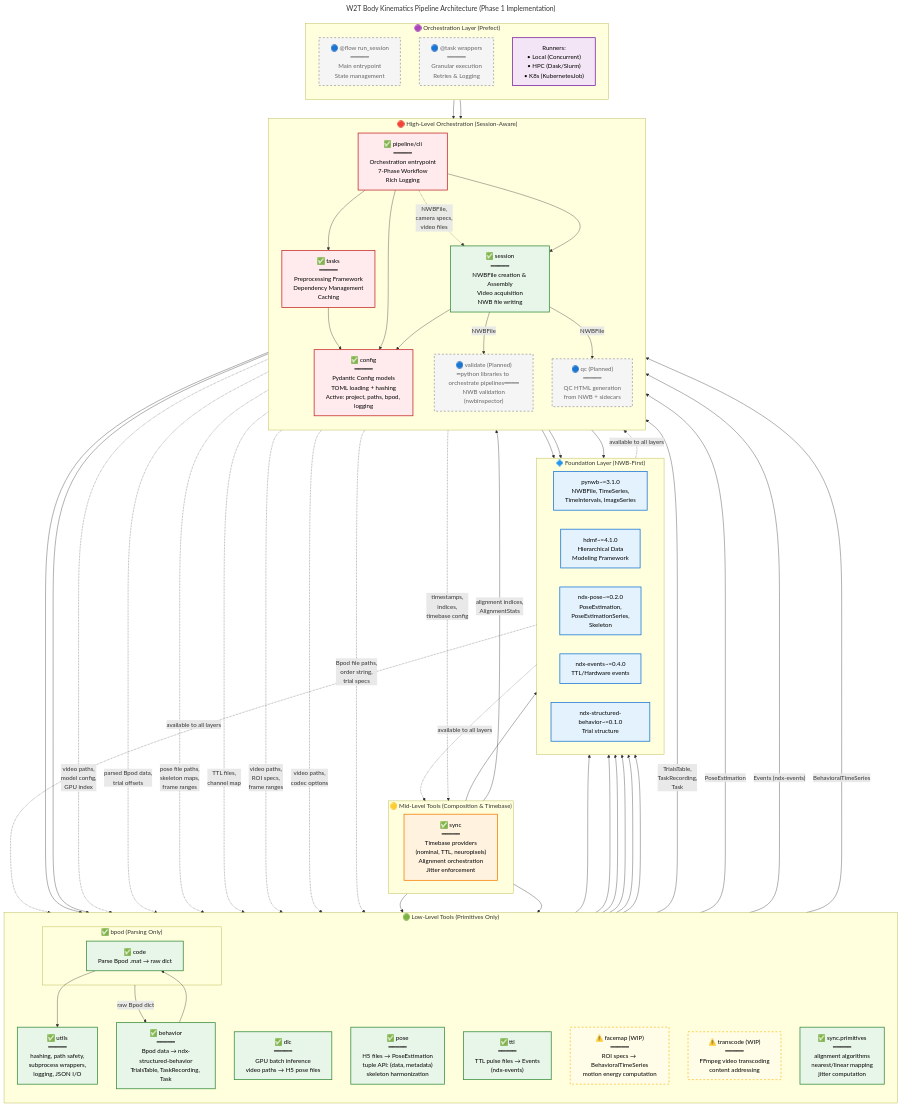
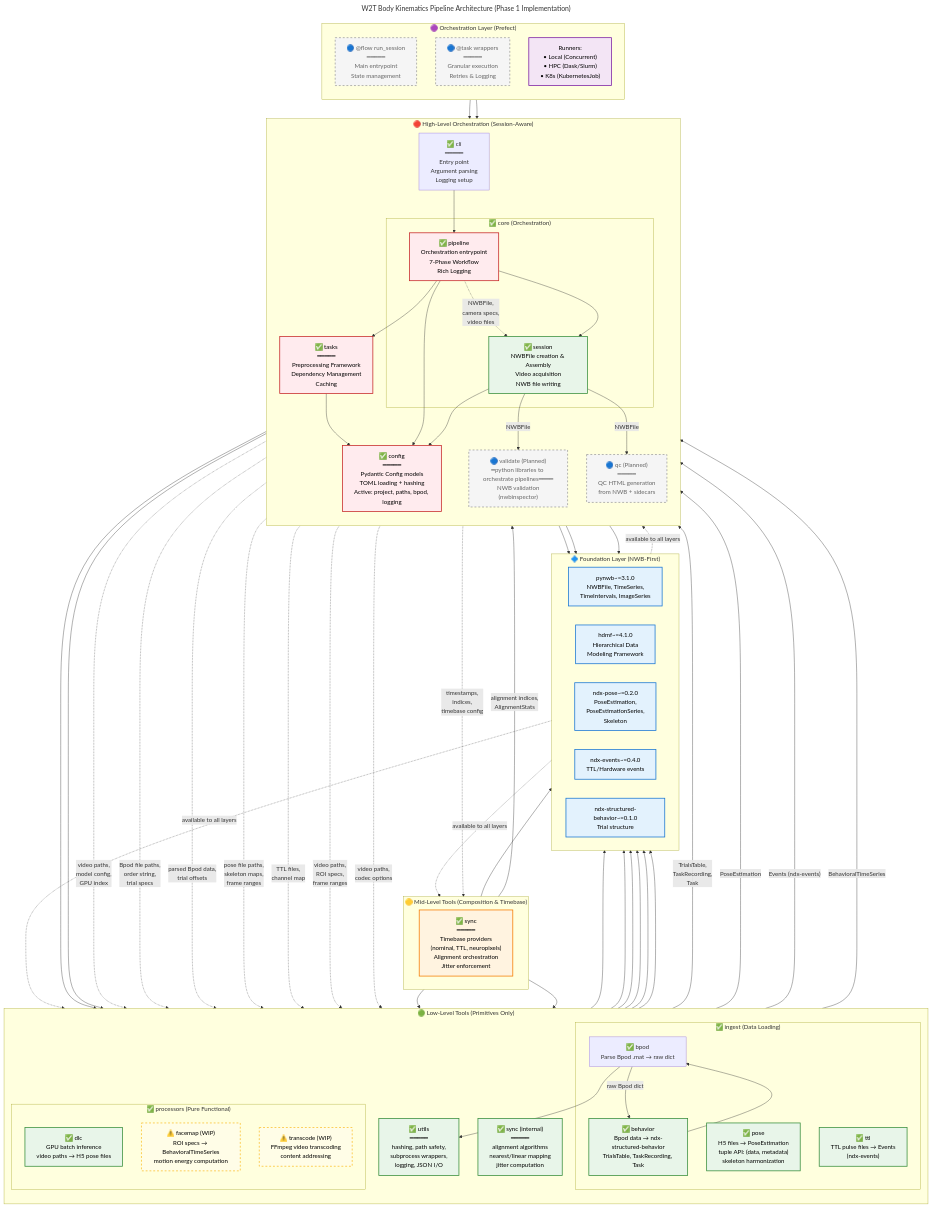
The diagram in docs/architecture_diagram.mmd (BorjaEst/w2t-bkin), drawn with Mermaid before and after one commit. The commit also changed 2 other files, not shown here.

Commit message:
Refactor: Update module imports and restructure documentation for clarity

```diff
--- a/docs/architecture_diagram.mmd
+++ b/docs/architecture_diagram.mmd
@@ -1,182 +1,183 @@
 ---
 title: W2T Body Kinematics Pipeline Architecture (Phase 1 Implementation)
 ---
 graph TD
     %% ============================================================================
     %% LEGEND: Implementation Status
     %% ✅ Implemented | ⚠️ Partial/WIP | 🔵 Planned
     %% ============================================================================
     
     %% ============================================================================
     %% FOUNDATION LAYER (NWB-First)
     %% External dependencies available to all layers
     %% ============================================================================
     subgraph Foundation["🔷 Foundation Layer (NWB-First)"]
         direction LR
         pynwb["pynwb~=3.1.0<br/>NWBFile, TimeSeries,<br/>TimeIntervals, ImageSeries"]
         hdmf["hdmf~=4.1.0<br/>Hierarchical Data<br/>Modeling Framework"]
         ndx_pose["ndx-pose~=0.2.0<br/>PoseEstimation,<br/>PoseEstimationSeries,<br/>Skeleton"]
         ndx_events["ndx-events~=0.4.0<br/>TTL/Hardware events"]
         ndx_behavior["ndx-structured-behavior~=0.1.0<br/>Trial structure"]
     end
 
     %% ============================================================================
     %% LOW-LEVEL LAYER
     %% Raw files + primitives → NWB-native structures
     %% NEVER imports config, Session, or Manifest
     %% ============================================================================
     subgraph LowLevel["🟢 Low-Level Tools (Primitives Only)"]
         direction TB
         
         utils["✅ utils<br/>━━━━━<br/>hashing, path safety,<br/>subprocess wrappers,<br/>logging, JSON I/O"]
         
-        subgraph BpodModule["✅ bpod (Parsing Only)"]
-            bpod_code["✅ code<br/>Parse Bpod .mat → raw dict"]
+        subgraph Ingest["✅ ingest (Data Loading)"]
+            bpod["✅ bpod<br/>Parse Bpod .mat → raw dict"]
+            behavior["✅ behavior<br/>Bpod data → ndx-structured-behavior<br/>TrialsTable, TaskRecording, Task"]
+            pose["✅ pose<br/>H5 files → PoseEstimation<br/>tuple API: (data, metadata)<br/>skeleton harmonization"]
+            ttl["✅ ttl<br/>TTL pulse files → Events<br/>(ndx-events)"]
+        end
+
+        subgraph Processors["✅ processors (Pure Functional)"]
+            dlc["✅ dlc<br/>GPU batch inference<br/>video paths → H5 pose files"]
+            facemap["⚠️ facemap (WIP)<br/>ROI specs → BehavioralTimeSeries<br/>motion energy computation"]
+            transcode["⚠️ transcode (WIP)<br/>FFmpeg video transcoding<br/>content addressing"]
         end
         
-        behavior["✅ behavior<br/>━━━━━<br/>Bpod data → ndx-structured-behavior<br/>TrialsTable, TaskRecording, Task"]
-        
-        dlc["✅ dlc<br/>━━━━━<br/>GPU batch inference<br/>video paths → H5 pose files"]
-        
-        pose["✅ pose<br/>━━━━━<br/>H5 files → PoseEstimation<br/>tuple API: (data, metadata)<br/>skeleton harmonization"]
-        
-        ttl["✅ ttl<br/>━━━━━<br/>TTL pulse files → Events<br/>(ndx-events)"]
-
-        facemap["⚠️ facemap (WIP)<br/>━━━━━<br/>ROI specs → BehavioralTimeSeries<br/>motion energy computation"]
-        
-        transcode["⚠️ transcode (WIP)<br/>━━━━━<br/>FFmpeg video transcoding<br/>content addressing"]
-        
-        sync_primitives["✅ sync.primitives<br/>━━━━━<br/>alignment algorithms<br/>nearest/linear mapping<br/>jitter computation"]
+        sync_primitives["✅ sync (internal)<br/>━━━━━<br/>alignment algorithms<br/>nearest/linear mapping<br/>jitter computation"]
     end
 
     %% ============================================================================
     %% MID-LEVEL LAYER
     %% Composition + timebase, no TOML/filesystem knowledge
     %% ============================================================================
     subgraph MidLevel["🟡 Mid-Level Tools (Composition & Timebase)"]
         direction LR
         
         sync["✅ sync<br/>━━━━━<br/>Timebase providers<br/>(nominal, TTL, neuropixels)<br/>Alignment orchestration<br/>Jitter enforcement"]
     end
 
     %% ============================================================================
     %% HIGH-LEVEL LAYER
     %% Session-aware orchestration, owns Config/Session/filesystem
     %% ============================================================================
     subgraph HighLevel["🔴 High-Level Orchestration (Session-Aware)"]
         direction TB
         
         config_pkg["✅ config<br/>━━━━━<br/>Pydantic Config models<br/>TOML loading + hashing<br/>Active: project, paths, bpod, logging"]
         
         tasks["✅ tasks<br/>━━━━━<br/>Preprocessing Framework<br/>Dependency Management<br/>Caching"]
 
-        session_mod["✅ session<br/>━━━━━<br/>NWBFile creation & Assembly<br/>Video acquisition<br/>NWB file writing"]
+        subgraph Core["✅ core (Orchestration)"]
+            session_mod["✅ session<br/>NWBFile creation & Assembly<br/>Video acquisition<br/>NWB file writing"]
+            pipeline["✅ pipeline<br/>Orchestration entrypoint<br/>7-Phase Workflow<br/>Rich Logging"]
+        end
         
-        pipeline["✅ pipeline/cli<br/>━━━━━<br/>Orchestration entrypoint<br/>7-Phase Workflow<br/>Rich Logging"]
+        cli["✅ cli<br/>━━━━━<br/>Entry point<br/>Argument parsing<br/>Logging setup"]
         
         validate["🔵 validate (Planned)<br/>━python libraries to orchestrate pipelines━━━━<br/>NWB validation<br/>(nwbinspector)"]
         
         qc["🔵 qc (Planned)<br/>━━━━━<br/>QC HTML generation<br/>from NWB + sidecars"]
     end
 
     %% ============================================================================
     %% ORCHESTRATION LAYER (Prefect)
     %% Wraps High-Level logic for distributed execution
     %% ============================================================================
     subgraph Orchestration["🟣 Orchestration Layer (Prefect)"]
         direction TB
         prefect_flow["🔵 @flow run_session<br/>━━━━━<br/>Main entrypoint<br/>State management"]
         prefect_tasks["🔵 @task wrappers<br/>━━━━━<br/>Granular execution<br/>Retries & Logging"]
         
         runners["Runners:<br/>• Local (Concurrent)<br/>• HPC (Dask/Slurm)<br/>• K8s (KubernetesJob)"]
     end
 
     %% ============================================================================
     %% SOLID ARROWS (→) - Direct module imports allowed
     %% ============================================================================
     
     %% Foundation → All Layers (available everywhere)
     Foundation -.->|"available to all layers"| LowLevel
     Foundation -.->|"available to all layers"| MidLevel
     Foundation -.->|"available to all layers"| HighLevel
     
     %% Low-level → Foundation + Utils
     utils --> Foundation
-    bpod_code --> utils
+    bpod --> utils
     behavior --> Foundation
-    behavior --> bpod_code
+    behavior --> bpod
     dlc --> Foundation
     pose --> Foundation
     ttl --> Foundation
     facemap --> Foundation
     
     %% Mid-level → Low-level + Foundation
     sync --> sync_primitives
     
     %% Mid-level → Low-level + Foundation
     sync --> sync_primitives
     sync --> Foundation
     
     %% High-level → Everything below
     config_pkg --> utils
     session_mod --> Foundation
     session_mod --> config_pkg
     pipeline --> config_pkg
     pipeline --> session_mod
     pipeline --> utils
     pipeline --> tasks
     tasks --> config_pkg
     validate --> Foundation
     qc --> Foundation
+    cli --> pipeline
 
     %% Orchestration → High-Level
     prefect_flow --> pipeline
     prefect_tasks --> pipeline
 
     %% ============================================================================
     %% DOTTED ARROWS (-.→) - Orchestration calls with primitives only
     %% Pipeline calls low/mid-level with paths, strings, numbers (NO Session/Manifest)
     %% ============================================================================
     
     tasks -.->|"video paths,<br/>model config,<br/>GPU index"| dlc
-    pipeline -.->|"Bpod file paths,<br/>order string,<br/>trial specs"| BpodModule
+    pipeline -.->|"Bpod file paths,<br/>order string,<br/>trial specs"| bpod
     pipeline -.->|"parsed Bpod data,<br/>trial offsets"| behavior
     pipeline -.->|"pose file paths,<br/>skeleton maps,<br/>frame ranges"| pose
     pipeline -.->|"TTL files,<br/>channel map"| ttl
     pipeline -.->|"video paths,<br/>ROI specs,<br/>frame ranges"| facemap
     pipeline -.->|"video paths,<br/>codec options"| transcode
     pipeline -.->|"timestamps,<br/>indices,<br/>timebase config"| sync
     pipeline -.->|"NWBFile,<br/>camera specs,<br/>video files"| session_mod
 
     %% ============================================================================
     %% DATA FLOW (NWB objects through system)
     %% ============================================================================
     
-    BpodModule -->|"raw Bpod dict"| behavior
+    bpod -->|"raw Bpod dict"| behavior
     behavior -->|"TrialsTable,<br/>TaskRecording,<br/>Task"| session_mod
     pose -->|"PoseEstimation"| session_mod
     ttl -->|"Events (ndx-events)"| session_mod
     facemap -->|"BehavioralTimeSeries"| session_mod
     sync -->|"alignment indices,<br/>AlignmentStats"| session_mod
     session_mod -->|"NWBFile"| validate
     session_mod -->|"NWBFile"| qc
 
     %% ============================================================================
     %% STYLING
     %% ============================================================================
     
     classDef foundationStyle fill:#e3f2fd,stroke:#1976d2,stroke-width:2px,color:#000
     classDef lowLevelStyle fill:#e8f5e9,stroke:#388e3c,stroke-width:2px,color:#000
     classDef midLevelStyle fill:#fff3e0,stroke:#f57c00,stroke-width:2px,color:#000
     classDef highLevelStyle fill:#ffebee,stroke:#c62828,stroke-width:2px,color:#000
     classDef plannedStyle fill:#f5f5f5,stroke:#9e9e9e,stroke-width:2px,stroke-dasharray:5 5,color:#666
     classDef wipStyle fill:#fffde7,stroke:#fbc02d,stroke-width:2px,stroke-dasharray:5 5,color:#000
     classDef orchStyle fill:#f3e5f5,stroke:#7b1fa2,stroke-width:2px,color:#000
     
     class pynwb,hdmf,ndx_pose,ndx_events,ndx_behavior foundationStyle
     class utils,bpod_code,behavior,dlc,pose,ttl,sync_primitives,session_mod lowLevelStyle
     class sync midLevelStyle
     class config_pkg,pipeline,tasks highLevelStyle
     class validate,qc,prefect_flow,prefect_tasks plannedStyle
     class facemap,transcode wipStyle
     class runners orchStyle
```
